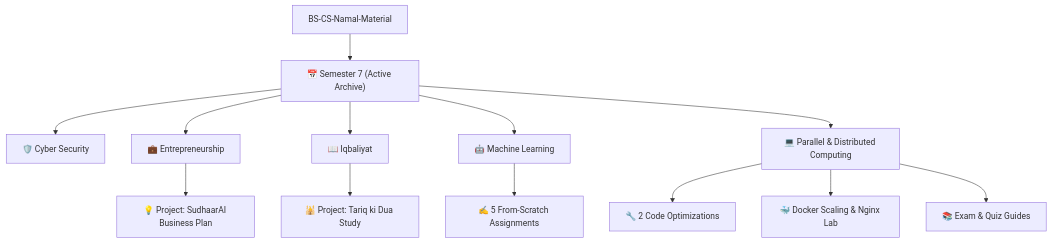
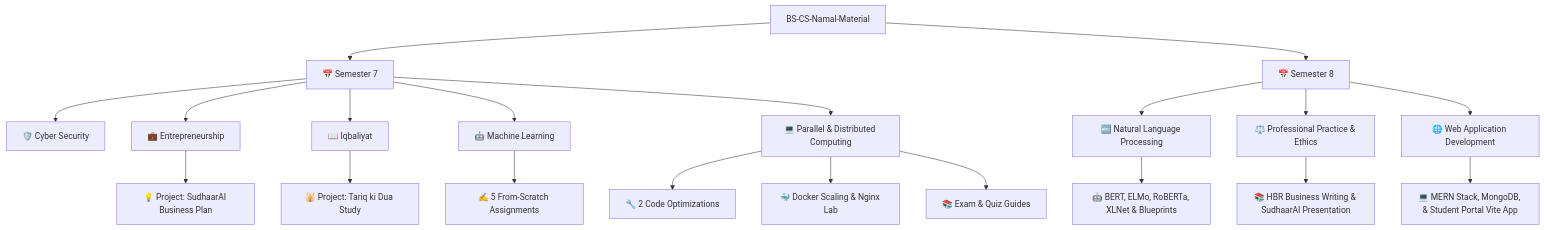
One commit to abubakarp789/BS-CS-Namal-Material changed the diagram in README.md. Above: the diagram before and after it, drawn with Mermaid. The commit also changed other lines of this file and 5 other files, not shown here.

````diff
--- a/README.md
+++ b/README.md
@@ -18,17 +18,26 @@
 ```mermaid
 graph TD
-    Root[BS-CS-Namal-Material] --> Sem7["📅 Semester 7 (Active Archive)"]
+    Root[BS-CS-Namal-Material] --> Sem7["📅 Semester 7"]
+    Root[BS-CS-Namal-Material] --> Sem8["📅 Semester 8"]
     
     Sem7 --> CS["🛡️ Cyber Security"]
     Sem7 --> EN["💼 Entrepreneurship"]
     Sem7 --> IQ["📖 Iqbaliyat"]
     Sem7 --> ML["🤖 Machine Learning"]
     Sem7 --> PDC["💻 Parallel & Distributed Computing"]
     
     EN --> FYP["💡 Project: SudhaarAI Business Plan"]
     IQ --> IQP["🕌 Project: Tariq ki Dua Study"]
     ML --> MLA["✍️ 5 From-Scratch Assignments"]
     PDC --> PDCA["🔧 2 Code Optimizations"]
     PDC --> PDCT["🐳 Docker Scaling & Nginx Lab"]
     PDC --> PDCP["📚 Exam & Quiz Guides"]
+
+    Sem8 --> NLP["🔤 Natural Language Processing"]
+    Sem8 --> PPE["⚖️ Professional Practice & Ethics"]
+    Sem8 --> WAD["🌐 Web Application Development"]
+
+    NLP --> NLPA["🤖 BERT, ELMo, RoBERTa, XLNet & Blueprints"]
+    PPE --> PPEA["📚 HBR Business Writing & SudhaarAI Presentation"]
+    WAD --> WADA["💻 MERN Stack, MongoDB, & Student Portal Vite App"]
 ```
````
